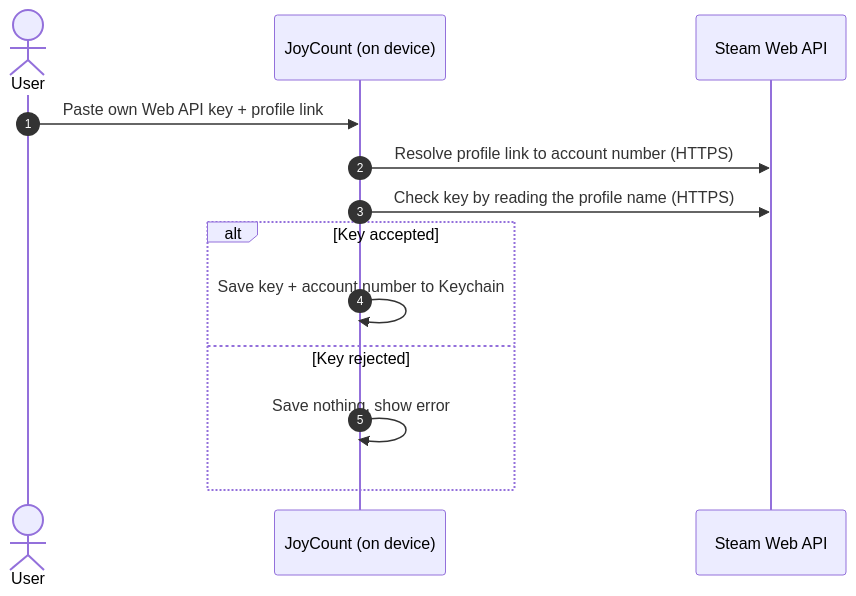
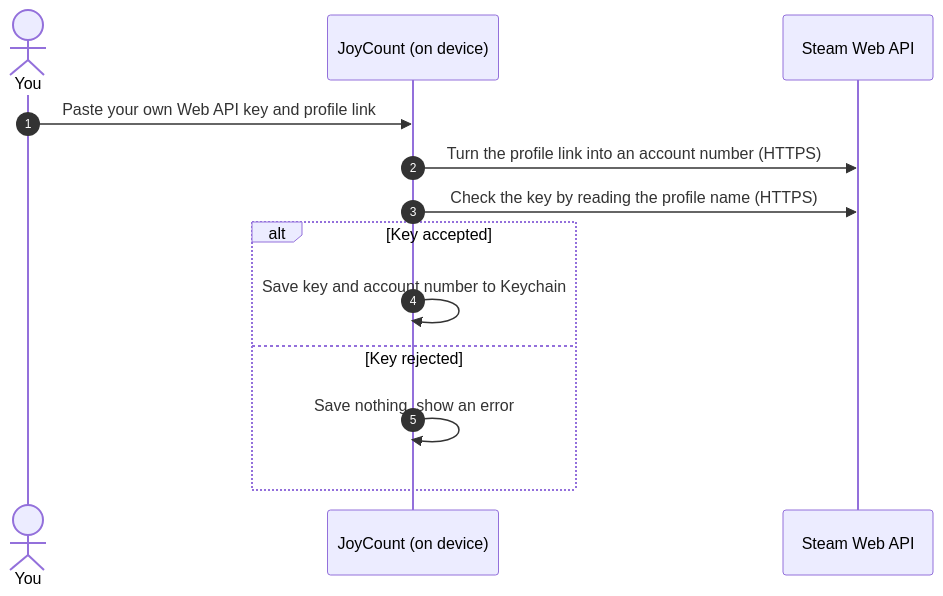
One commit to henryverse/joycount-security changed the second of 3 diagrams in README.md. Above: the diagram before and after it, drawn with Mermaid. The commit also changed other lines of this file and 1 other file, not shown here.

````diff
--- a/README.md
+++ b/README.md
@@ -100,16 +131,16 @@
 ```mermaid
 sequenceDiagram
     autonumber
-    actor U as User
+    actor U as You
     participant A as JoyCount (on device)
     participant V as Steam Web API
 
-    U->>A: Paste own Web API key + profile link
-    A->>V: Resolve profile link to account number (HTTPS)
-    A->>V: Check key by reading the profile name (HTTPS)
+    U->>A: Paste your own Web API key and profile link
+    A->>V: Turn the profile link into an account number (HTTPS)
+    A->>V: Check the key by reading the profile name (HTTPS)
     alt Key accepted
-        A->>A: Save key + account number to Keychain
+        A->>A: Save key and account number to Keychain
     else Key rejected
-        A->>A: Save nothing, show error
+        A->>A: Save nothing, show an error
     end
 ```
````
